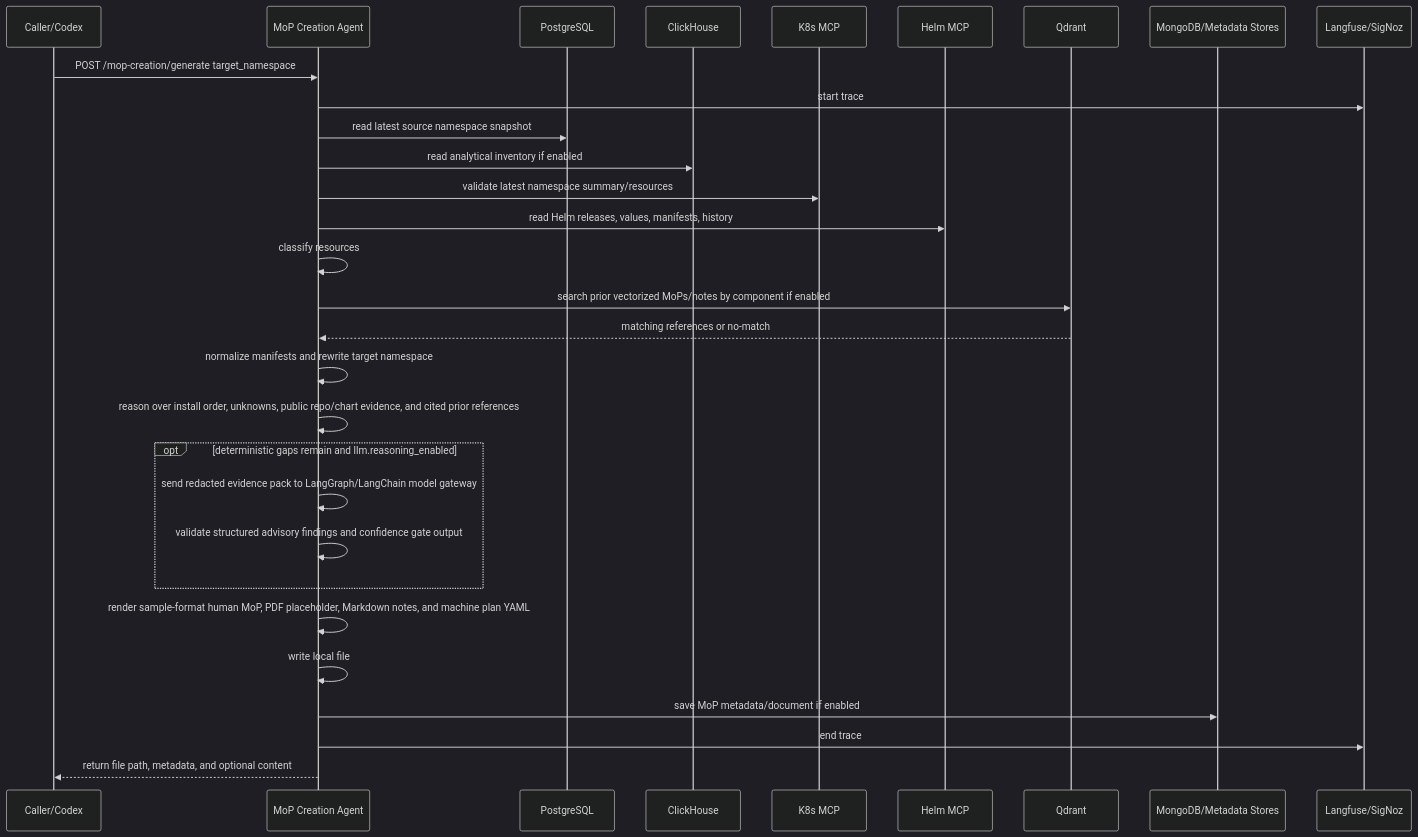
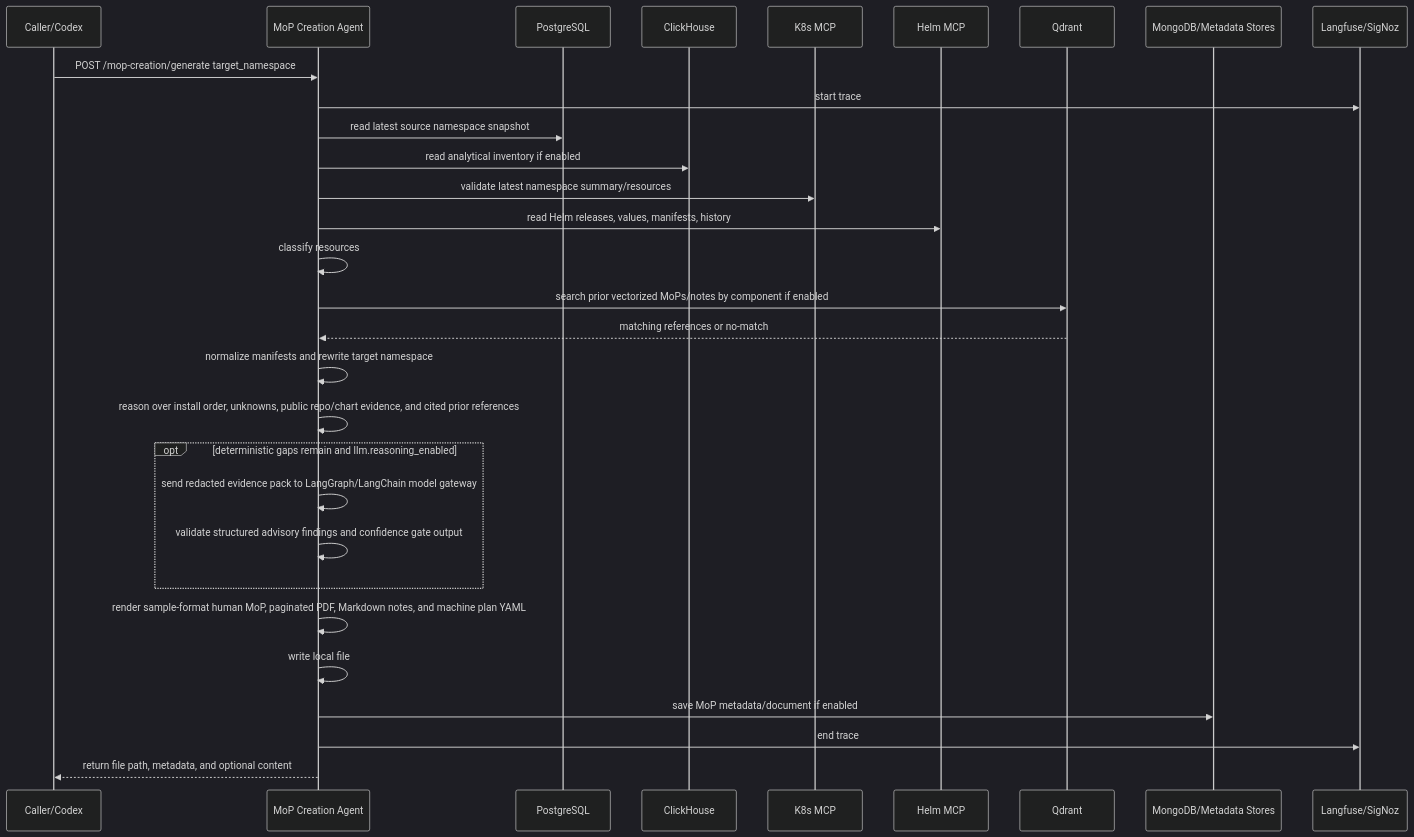
One commit to aveeshek/bosgenesis-mop-creation-agent changed the second of 5 diagrams in docs/02_HLD_MOP_CREATION_AGENT.md. Above: the diagram before and after it, drawn with Mermaid (dark theme). The commit also changed other lines of this file and 26 other files, not shown here.

````diff
--- a/docs/02_HLD_MOP_CREATION_AGENT.md
+++ b/docs/02_HLD_MOP_CREATION_AGENT.md
@@ -80,33 +80,33 @@
 ```mermaid
 sequenceDiagram
     participant C as Caller/Codex
     participant A as MoP Creation Agent
     participant PG as PostgreSQL
     participant CH as ClickHouse
     participant K as K8s MCP
     participant H as Helm MCP
     participant Q as Qdrant
     participant M as MongoDB/Metadata Stores
     participant O as Langfuse/SigNoz
 
     C->>A: POST /mop-creation/generate target_namespace
     A->>O: start trace
     A->>PG: read latest source namespace snapshot
     A->>CH: read analytical inventory if enabled
     A->>K: validate latest namespace summary/resources
     A->>H: read Helm releases, values, manifests, history
     A->>A: classify resources
     A->>Q: search prior vectorized MoPs/notes by component if enabled
     Q-->>A: matching references or no-match
     A->>A: normalize manifests and rewrite target namespace
     A->>A: reason over install order, unknowns, public repo/chart evidence, and cited prior references
     opt deterministic gaps remain and llm.reasoning_enabled
         A->>A: send redacted evidence pack to LangGraph/LangChain model gateway
         A->>A: validate structured advisory findings and confidence gate output
     end
-    A->>A: render sample-format human MoP, PDF placeholder, Markdown notes, and machine plan YAML
+    A->>A: render sample-format human MoP, paginated PDF, Markdown notes, and machine plan YAML
     A->>A: write local file
     A->>M: save MoP metadata/document if enabled
     A->>O: end trace
     A-->>C: return file path, metadata, and optional content
 ```
````
